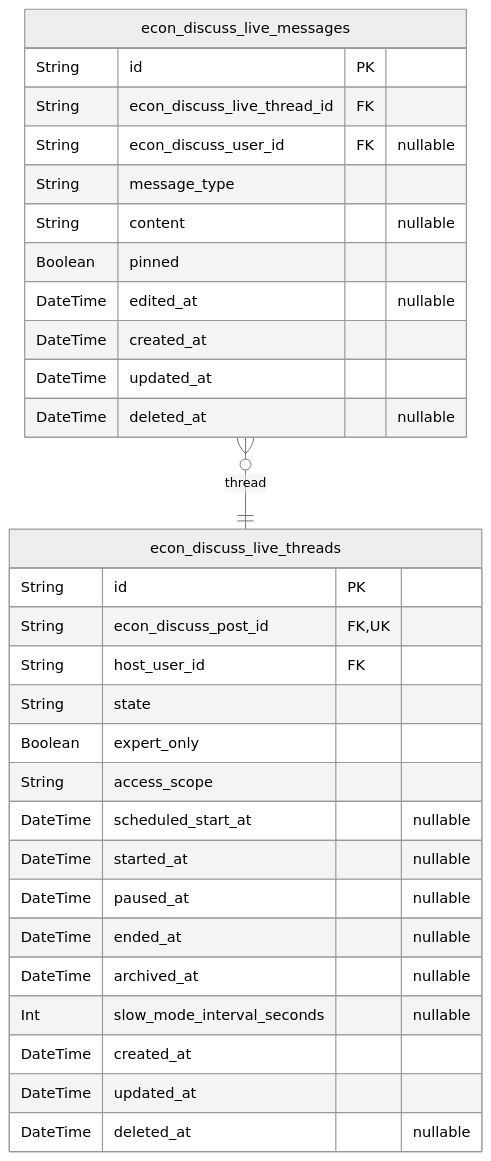
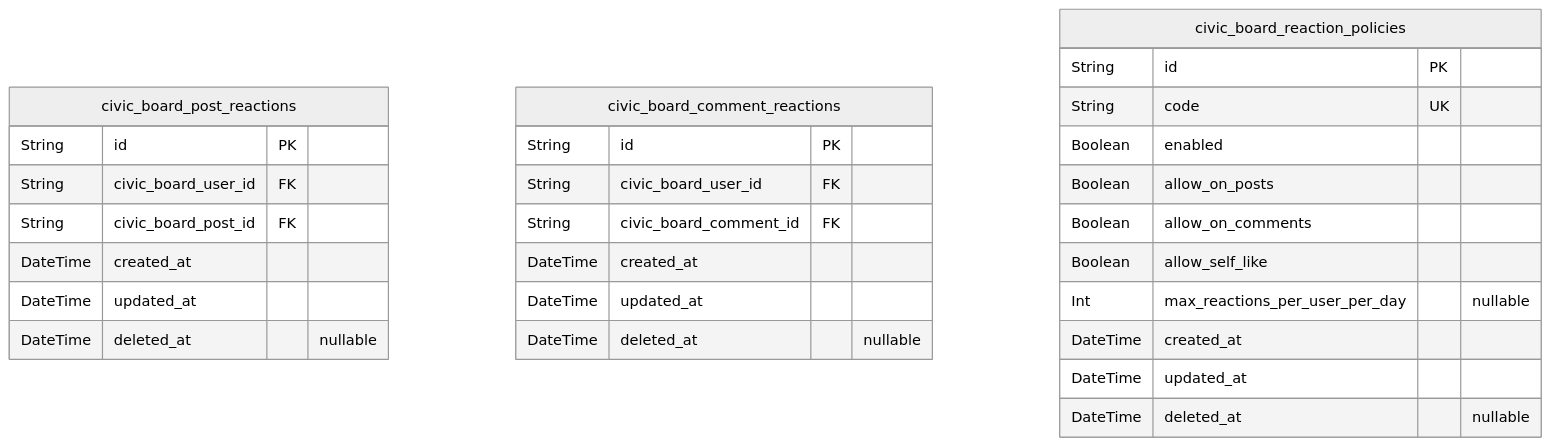
One commit to wrtnlabs/autobe-examples changed the fifth of 5 diagrams in openai/gpt-5/bbs/docs/ERD.md. Above: the diagram before and after it, drawn with Mermaid (neutral theme). The commit also changed other lines of this file and 16146 other files, not shown here.

````diff
--- a/openai/gpt-5/bbs/docs/ERD.md
+++ b/openai/gpt-5/bbs/docs/ERD.md
@@ -900,33 +830,31 @@
 ```mermaid
 erDiagram
-"econ_discuss_live_threads" {
+"civic_board_post_reactions" {
   String id PK
-  String econ_discuss_post_id FK,UK
-  String host_user_id FK
-  String state
-  Boolean expert_only
-  String access_scope
-  DateTime scheduled_start_at "nullable"
-  DateTime started_at "nullable"
-  DateTime paused_at "nullable"
-  DateTime ended_at "nullable"
-  DateTime archived_at "nullable"
-  Int slow_mode_interval_seconds "nullable"
+  String civic_board_user_id FK
+  String civic_board_post_id FK
   DateTime created_at
   DateTime updated_at
   DateTime deleted_at "nullable"
 }
-"econ_discuss_live_messages" {
+"civic_board_comment_reactions" {
   String id PK
-  String econ_discuss_live_thread_id FK
-  String econ_discuss_user_id FK "nullable"
-  String message_type
-  String content "nullable"
-  Boolean pinned
-  DateTime edited_at "nullable"
+  String civic_board_user_id FK
+  String civic_board_comment_id FK
   DateTime created_at
   DateTime updated_at
   DateTime deleted_at "nullable"
 }
-"econ_discuss_live_messages" }o--|| "econ_discuss_live_threads" : thread
+"civic_board_reaction_policies" {
+  String id PK
+  String code UK
+  Boolean enabled
+  Boolean allow_on_posts
+  Boolean allow_on_comments
+  Boolean allow_self_like
+  Int max_reactions_per_user_per_day "nullable"
+  DateTime created_at
+  DateTime updated_at
+  DateTime deleted_at "nullable"
+}
 ```
````
